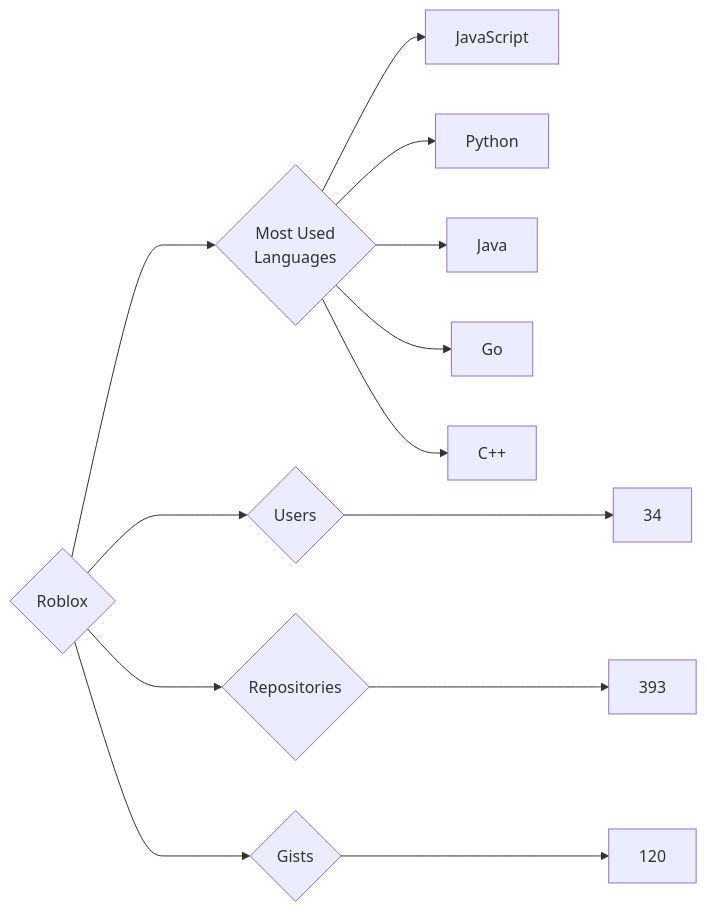
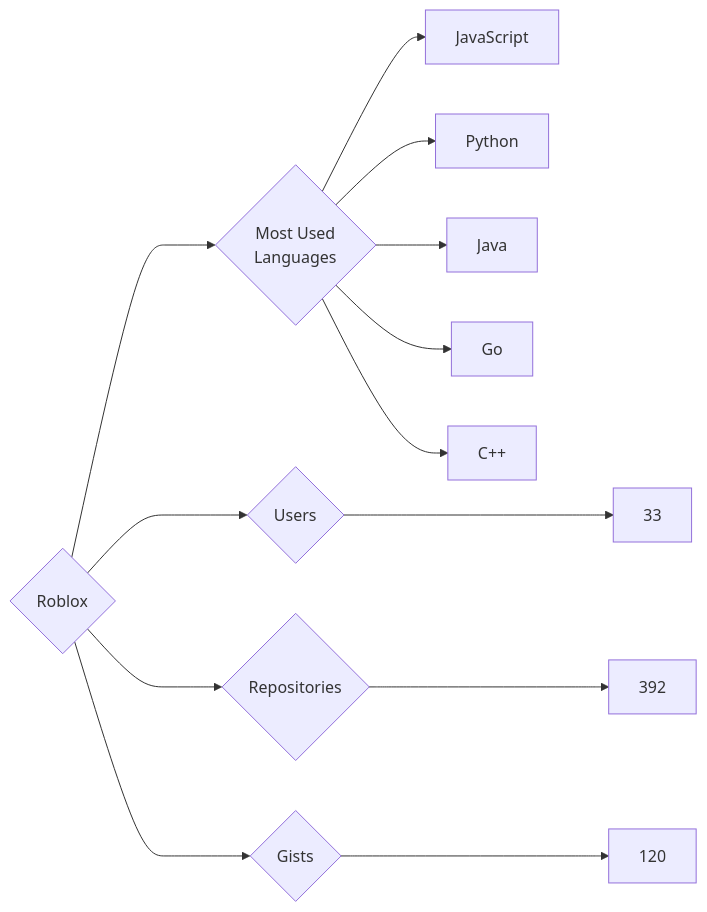
One commit to trickest/insiders changed the diagram in targets/Roblox/README.md. Above: the diagram before and after it, drawn with Mermaid. The commit also changed 715 other files, not shown here.

````diff
--- a/targets/Roblox/README.md
+++ b/targets/Roblox/README.md
@@ -3,13 +3,13 @@
 ```mermaid
 graph LR
 COMPANY_NAME{Roblox}
-COMPANY_NAME ---> U{Users} ---> UN[34]
-COMPANY_NAME ---> R{Repositories} ---> RN[393]
+COMPANY_NAME ---> U{Users} ---> UN[33]
+COMPANY_NAME ---> R{Repositories} ---> RN[392]
 COMPANY_NAME ---> G{Gists} ---> GN[120]
 COMPANY_NAME ---> ML{Most Used<br>Languages}
 ML --> JavaScript[JavaScript]
 ML --> Python[Python]
 ML --> Java[Java]
 ML --> Go[Go]
 ML --> C++[C++]
 ```
````
